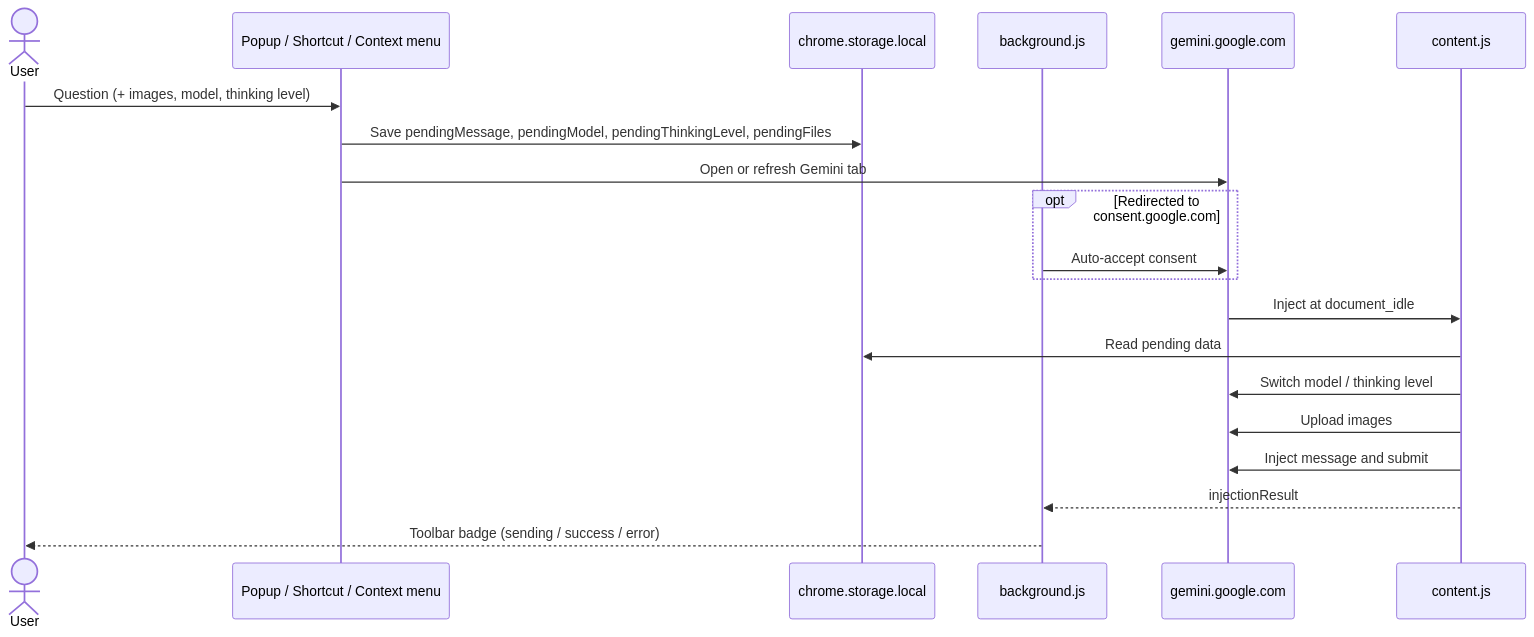
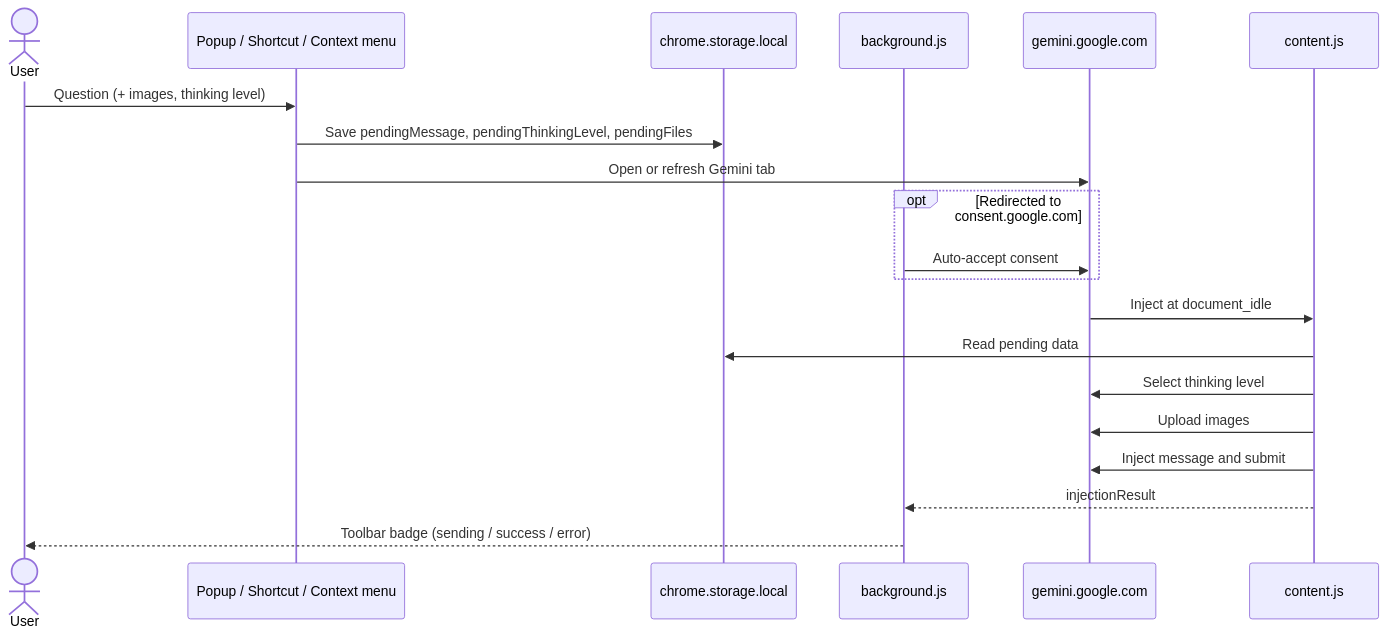
Before and after one commit to Adhin37/ask-gemini: the first of 2 diagrams in README.md, drawn with Mermaid. The commit also changed other lines of this file and 36 other files, not shown here.

````diff
--- a/README.md
+++ b/README.md
@@ -52,23 +52,23 @@
 ```mermaid
 sequenceDiagram
     actor User
     participant Entry as Popup / Shortcut / Context menu
     participant Storage as chrome.storage.local
     participant BG as background.js
     participant Tab as gemini.google.com
     participant CS as content.js
 
-    User->>Entry: Question (+ images, model, thinking level)
-    Entry->>Storage: Save pendingMessage, pendingModel, pendingThinkingLevel, pendingFiles
+    User->>Entry: Question (+ images, thinking level)
+    Entry->>Storage: Save pendingMessage, pendingThinkingLevel, pendingFiles
     Entry->>Tab: Open or refresh Gemini tab
     opt Redirected to consent.google.com
         BG->>Tab: Auto-accept consent
     end
     Tab->>CS: Inject at document_idle
     CS->>Storage: Read pending data
-    CS->>Tab: Switch model / thinking level
+    CS->>Tab: Select thinking level
     CS->>Tab: Upload images
     CS->>Tab: Inject message and submit
     CS-->>BG: injectionResult
     BG-->>User: Toolbar badge (sending / success / error)
 ```
````
